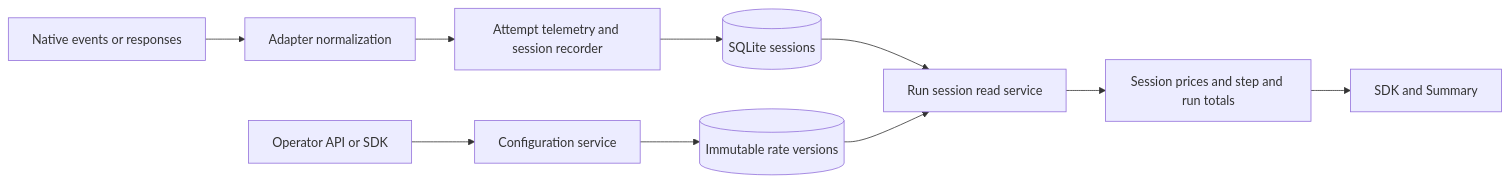
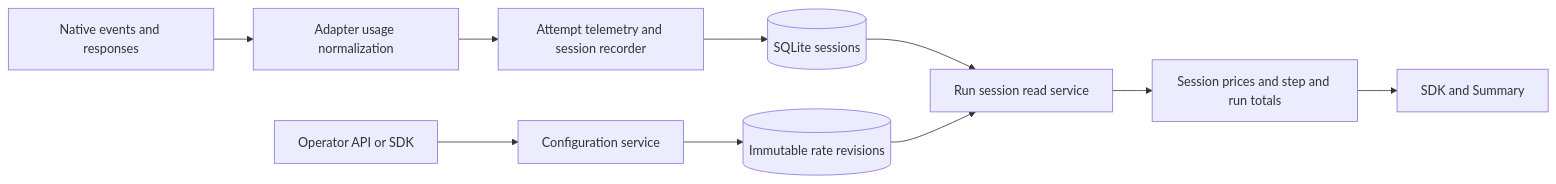
The second of 3 diagrams in context-human/specs/feature-cache-aware-session-cost.md (markdstafford/autocatalyst), drawn with Mermaid before and after one commit. The commit also changed other lines of this file, not shown here.

````diff
--- a/context-human/specs/feature-cache-aware-session-cost.md
+++ b/context-human/specs/feature-cache-aware-session-cost.md
@@ -123,12 +116,12 @@
 ```mermaid
 flowchart LR
-    A[Native events or responses] --> B[Adapter normalization]
+    A[Native events and responses] --> B[Adapter usage normalization]
     B --> C[Attempt telemetry and session recorder]
     C --> D[(SQLite sessions)]
     E[Operator API or SDK] --> F[Configuration service]
-    F --> G[(Immutable rate versions)]
+    F --> G[(Immutable rate revisions)]
     D --> H[Run session read service]
     G --> H
     H --> I[Session prices and step and run totals]
     I --> J[SDK and Summary]
 ```
````
